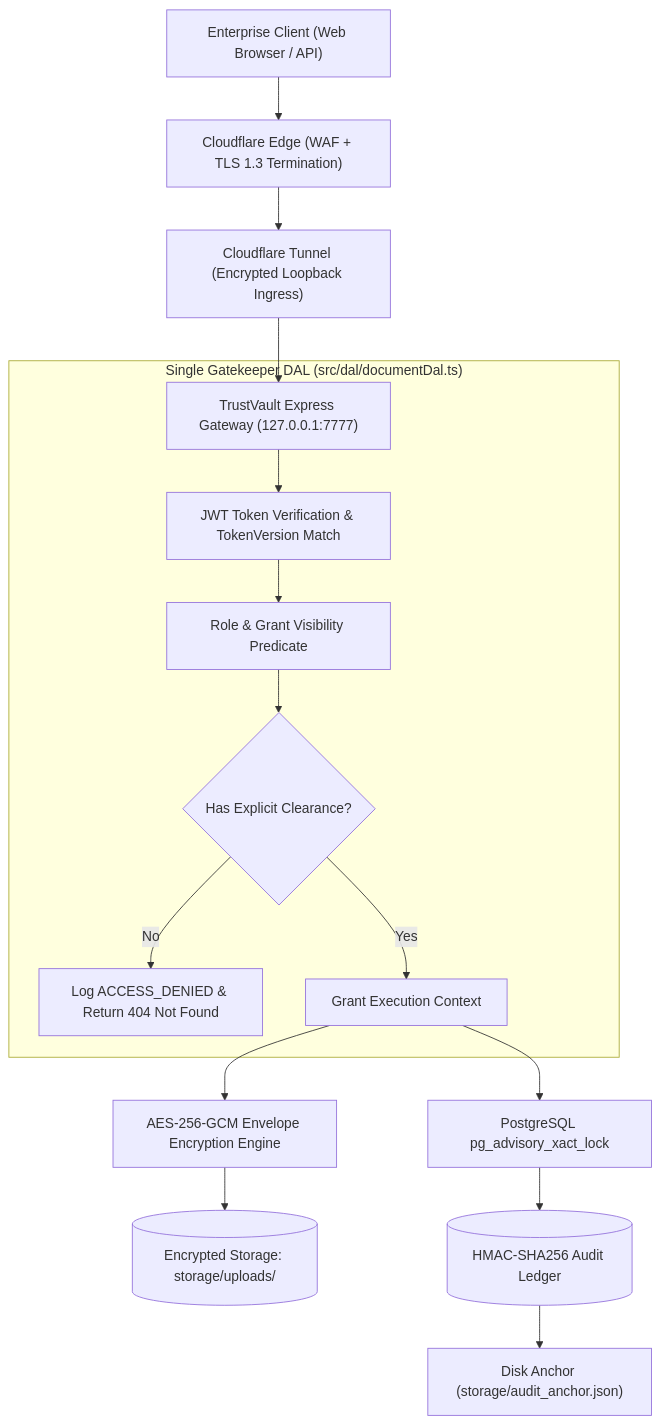
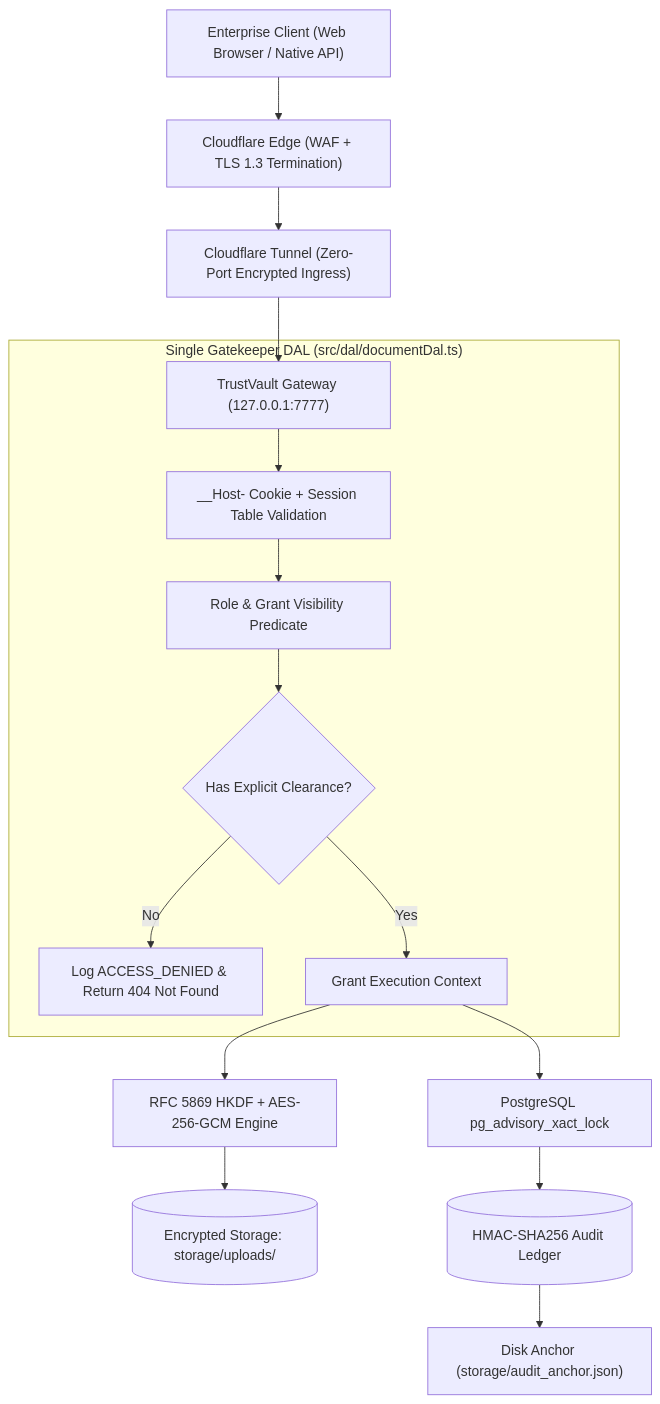
The first of 2 diagrams in doc/SYSTEM_DESIGN_DOCUMENT.md (surendravarikallu/trustvault), drawn with Mermaid before and after one commit. The commit also changed other lines of this file and 8 other files, not shown here.

Commit message:
docs: synchronize enterprise documentation suite across docs/ and doc/ with single-channel cookie auth, session model, and 63 threat matrix

````diff
--- a/doc/SYSTEM_DESIGN_DOCUMENT.md
+++ b/doc/SYSTEM_DESIGN_DOCUMENT.md
@@ -21,21 +27,21 @@
 ```mermaid
 flowchart TD
-    Client["Enterprise Client (Web Browser / API)"] --> Edge["Cloudflare Edge (WAF + TLS 1.3 Termination)"]
-    Edge --> Tunnel["Cloudflare Tunnel (Encrypted Loopback Ingress)"]
-    Tunnel --> Node["TrustVault Express Gateway (127.0.0.1:7777)"]
+    Client["Enterprise Client (Web Browser / Native API)"] --> Edge["Cloudflare Edge (WAF + TLS 1.3 Termination)"]
+    Edge --> Tunnel["Cloudflare Tunnel (Zero-Port Encrypted Ingress)"]
+    Tunnel --> Node["TrustVault Gateway (127.0.0.1:7777)"]
     
     subgraph Security_Gatekeeper ["Single Gatekeeper DAL (src/dal/documentDal.ts)"]
-        Node --> Auth["JWT Token Verification & TokenVersion Match"]
+        Node --> Auth["__Host- Cookie + Session Table Validation"]
         Auth --> Perm["Role & Grant Visibility Predicate"]
         Perm --> Shield{"Has Explicit Clearance?"}
         Shield -- No --> Deny["Log ACCESS_DENIED & Return 404 Not Found"]
         Shield -- Yes --> Grant["Grant Execution Context"]
     end
     
-    Grant --> Crypto["AES-256-GCM Envelope Encryption Engine"]
+    Grant --> Crypto["RFC 5869 HKDF + AES-256-GCM Engine"]
     Crypto --> Storage[("Encrypted Storage: storage/uploads/")]
     
     Grant --> Audit["PostgreSQL pg_advisory_xact_lock"]
     Audit --> Ledger[("HMAC-SHA256 Audit Ledger")]
     Ledger --> Anchor["Disk Anchor (storage/audit_anchor.json)"]
 ```
````
